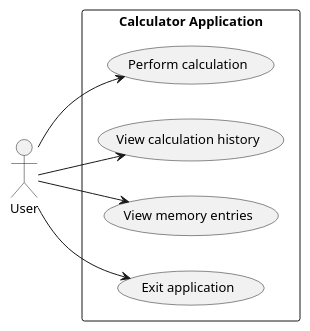
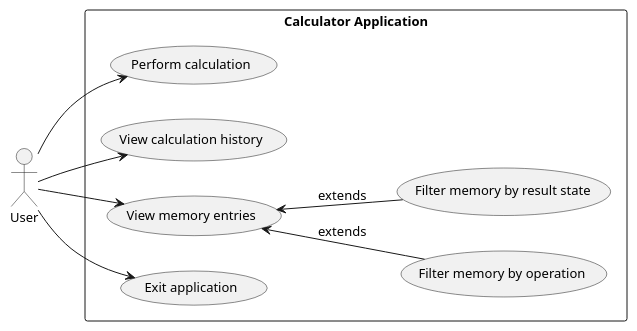
One commit to DanielRiha8906/Software_autoevolution_using_agents changed the diagram in experiments/supervisor_as_tools/user_stories/calculator/artifacts/use_case_diagram.puml. Above: the diagram before and after it, drawn with PlantUML. The commit also changed 10 other files, not shown here.

```diff
--- a/experiments/supervisor_as_tools/user_stories/calculator/artifacts/use_case_diagram.puml
+++ b/experiments/supervisor_as_tools/user_stories/calculator/artifacts/use_case_diagram.puml
@@ -1,22 +1,26 @@
 @startuml use_case_diagram
 
 skinparam defaultFontSize 13
 
 left to right direction
 
 actor User
 
 rectangle "Calculator Application" {
     usecase "Perform calculation" as UC_Calc
     usecase "View calculation history" as UC_History
     usecase "View memory entries" as UC_Memory
+    usecase "Filter memory by operation" as UC_FilterOp
+    usecase "Filter memory by result state" as UC_FilterSuccess
     usecase "Exit application" as UC_Exit
 
 }
 
 User --> UC_Calc
 User --> UC_History
 User --> UC_Memory
+UC_Memory <-- UC_FilterOp : extends
+UC_Memory <-- UC_FilterSuccess : extends
 User --> UC_Exit
 
 @enduml
```
